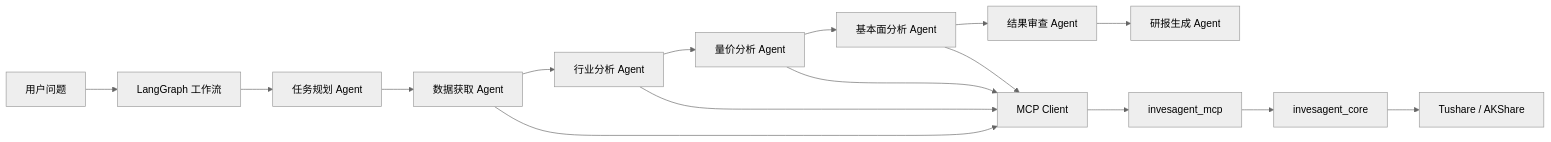
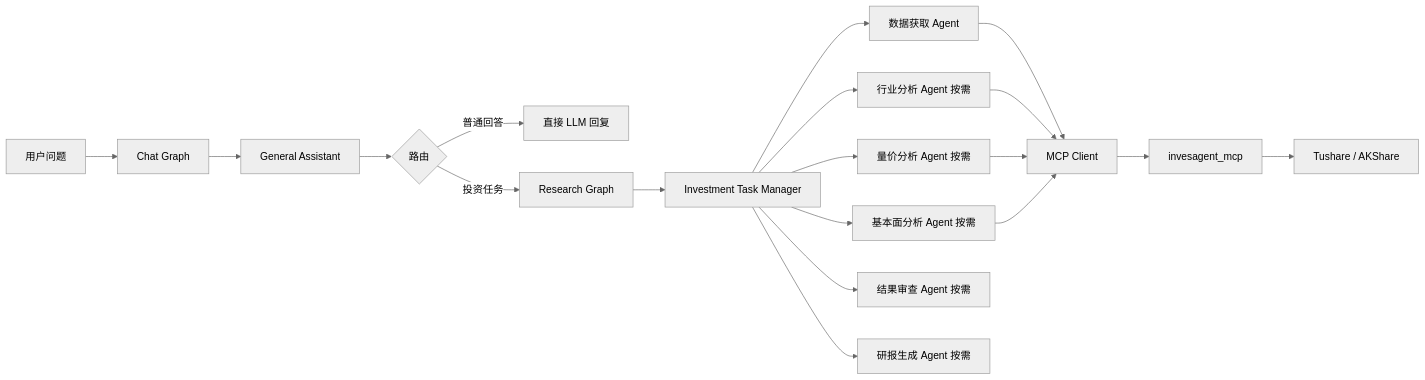
Before and after one commit to SephirahVII/Finance_MCP_Agent: the diagram in README.zh-CN.md, drawn with Mermaid (neutral theme). The commit also changed other lines of this file and 69 other files, not shown here.

````diff
--- a/README.zh-CN.md
+++ b/README.zh-CN.md
@@ -144,18 +138,21 @@
 ```mermaid
 flowchart LR
-    A["用户问题"] --> B["LangGraph 工作流"]
-    B --> C["任务规划 Agent"]
-    C --> D["数据获取 Agent"]
-    D --> E["行业分析 Agent"]
-    E --> F["量价分析 Agent"]
-    F --> G["基本面分析 Agent"]
-    G --> H["结果审查 Agent"]
-    H --> I["研报生成 Agent"]
-    D --> J["MCP Client"]
-    E --> J
-    F --> J
-    G --> J
-    J --> K["invesagent_mcp"]
-    K --> L["invesagent_core"]
-    L --> M["Tushare / AKShare"]
+    A["用户问题"] --> B["Chat Graph"]
+    B --> C["General Assistant"]
+    C --> D{"路由"}
+    D -->|"普通回答"| E["直接 LLM 回复"]
+    D -->|"投资任务"| G["Research Graph"]
+    G --> H["Investment Task Manager"]
+    H --> I["数据获取 Agent"]
+    H --> J["行业分析 Agent 按需"]
+    H --> K["量价分析 Agent 按需"]
+    H --> L["基本面分析 Agent 按需"]
+    H --> M["结果审查 Agent 按需"]
+    H --> N["研报生成 Agent 按需"]
+    I --> O["MCP Client"]
+    J --> O
+    K --> O
+    L --> O
+    O --> P["invesagent_mcp"]
+    P --> Q["Tushare / AKShare"]
 ```
````
